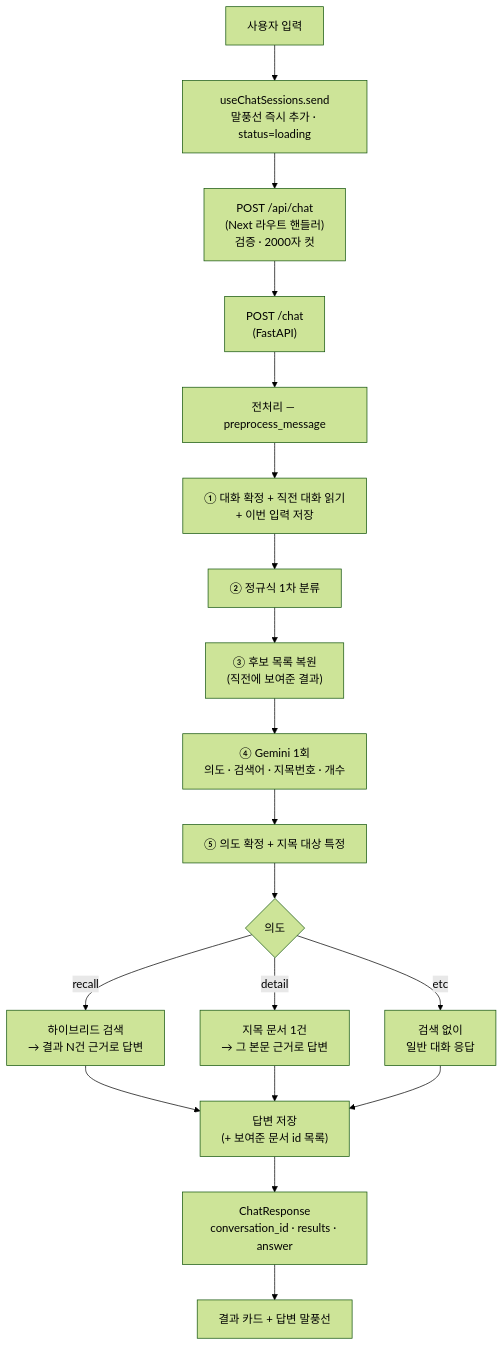
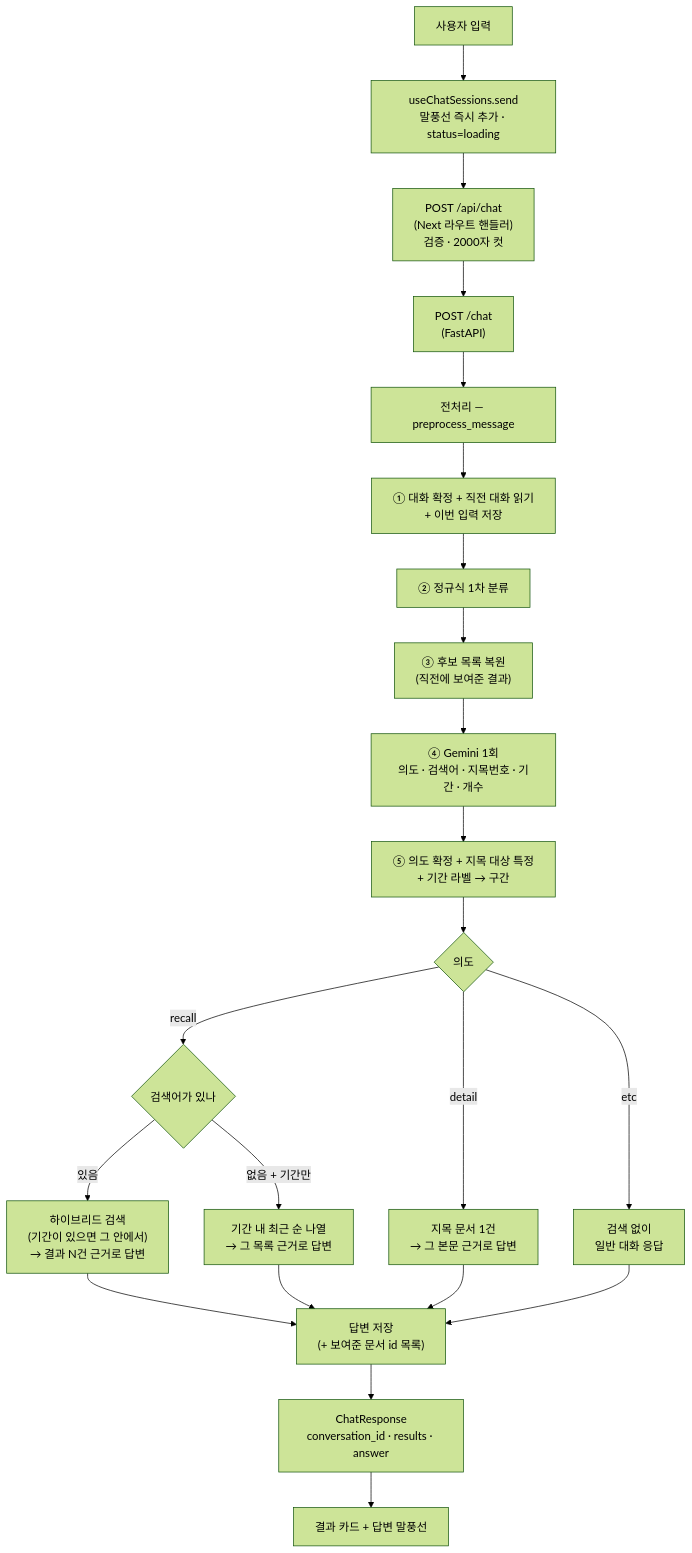
Before and after one commit to haesuo566/history_tracker: the first of 5 diagrams in docs/query-flow.md, drawn with Mermaid (forest theme). The commit also changed other lines of this file and 3 other files, not shown here.

````diff
--- a/docs/query-flow.md
+++ b/docs/query-flow.md
@@ -22,24 +23,27 @@
 ```mermaid
 flowchart TD
     U["사용자 입력"] --> FE["useChatSessions.send<br/>말풍선 즉시 추가 · status=loading"]
     FE --> RH["POST /api/chat<br/>(Next 라우트 핸들러)<br/>검증 · 2000자 컷"]
     RH --> BE["POST /chat<br/>(FastAPI)"]
 
     BE --> P["전처리 — preprocess_message"]
     P --> P1["① 대화 확정 + 직전 대화 읽기<br/>+ 이번 입력 저장"]
     P1 --> P2["② 정규식 1차 분류"]
     P2 --> P3["③ 후보 목록 복원<br/>(직전에 보여준 결과)"]
-    P3 --> P4["④ Gemini 1회<br/>의도 · 검색어 · 지목번호 · 개수"]
-    P4 --> P5["⑤ 의도 확정 + 지목 대상 특정"]
+    P3 --> P4["④ Gemini 1회<br/>의도 · 검색어 · 지목번호 · 기간 · 개수"]
+    P4 --> P5["⑤ 의도 확정 + 지목 대상 특정<br/>+ 기간 라벨 → 구간"]
 
     P5 --> R{"의도"}
-    R -->|recall| SR["하이브리드 검색<br/>→ 결과 N건 근거로 답변"]
+    R -->|recall| RQ{"검색어가 있나"}
+    RQ -->|있음| SR["하이브리드 검색<br/>(기간이 있으면 그 안에서)<br/>→ 결과 N건 근거로 답변"]
+    RQ -->|"없음 + 기간만"| SL["기간 내 최근 순 나열<br/>→ 그 목록 근거로 답변"]
     R -->|detail| SD["지목 문서 1건<br/>→ 그 본문 근거로 답변"]
     R -->|etc| SE["검색 없이<br/>일반 대화 응답"]
 
     SR --> SAVE["답변 저장<br/>(+ 보여준 문서 id 목록)"]
+    SL --> SAVE
     SD --> SAVE
     SE --> SAVE
     SAVE --> RES["ChatResponse<br/>conversation_id · results · answer"]
     RES --> FE2["결과 카드 + 답변 말풍선"]
 ```
````
